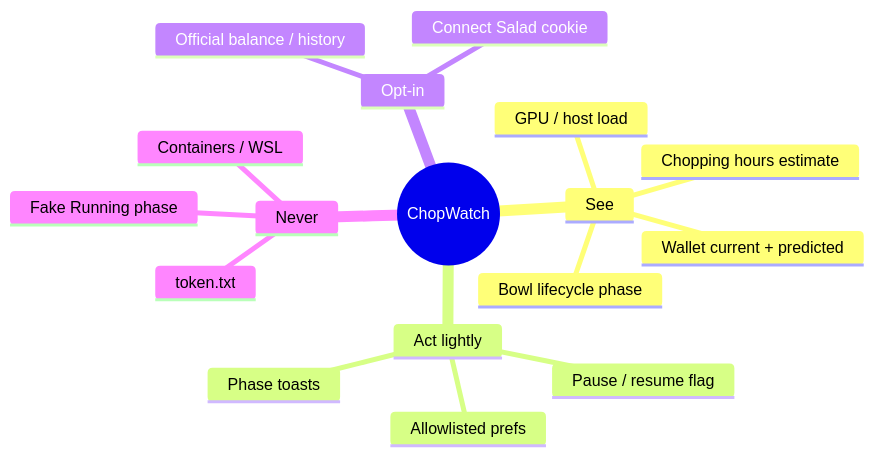
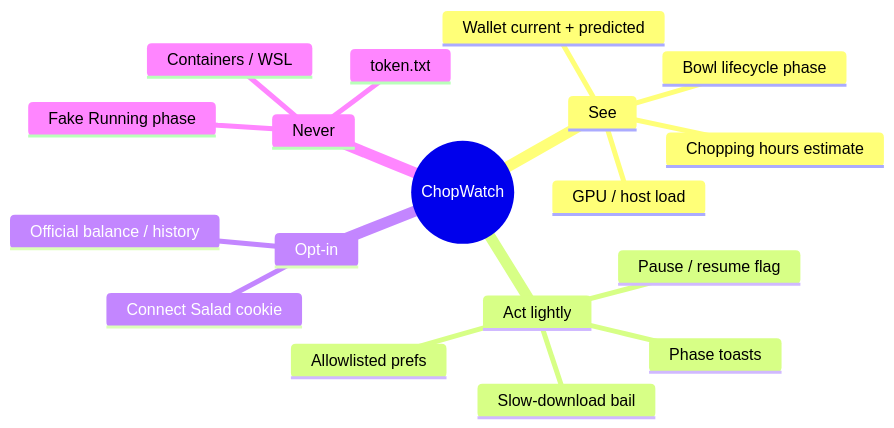
The first of 5 diagrams in docs/PROJECT_PLAN.md (ejw427/ChopWatch), drawn with Mermaid before and after one commit. The commit also changed other lines of this file and 25 other files, not shown here.

````diff
--- a/docs/PROJECT_PLAN.md
+++ b/docs/PROJECT_PLAN.md
@@ -13,20 +13,21 @@
 ```mermaid
 mindmap
   root((ChopWatch))
     See
       Bowl lifecycle phase
       GPU / host load
       Wallet current + predicted
       Chopping hours estimate
     Act lightly
       Pause / resume flag
       Allowlisted prefs
       Phase toasts
+      Slow-download bail
     Opt-in
       Connect Salad cookie
       Official balance / history
     Never
       token.txt
       Containers / WSL
       Fake Running phase
 ```
````
